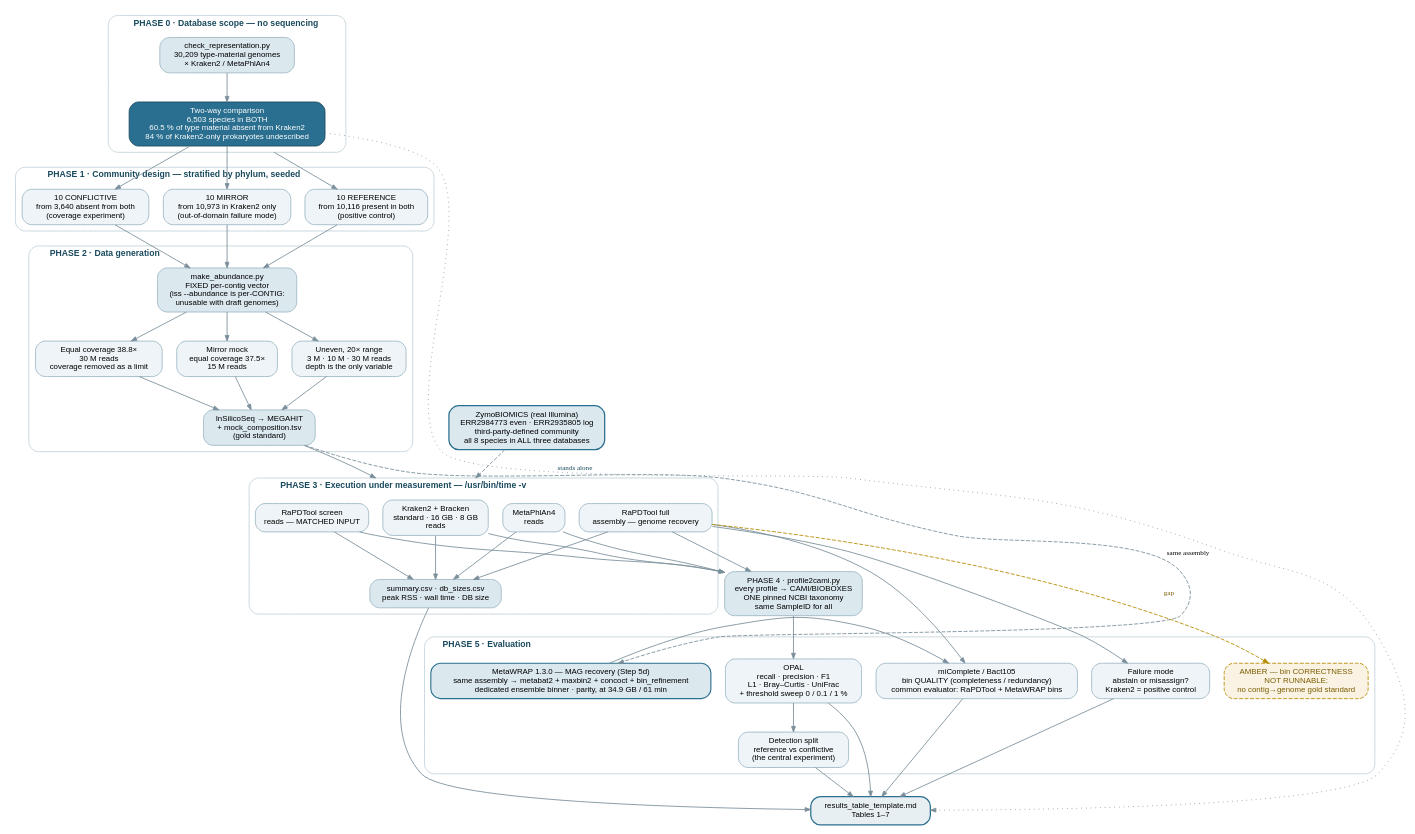
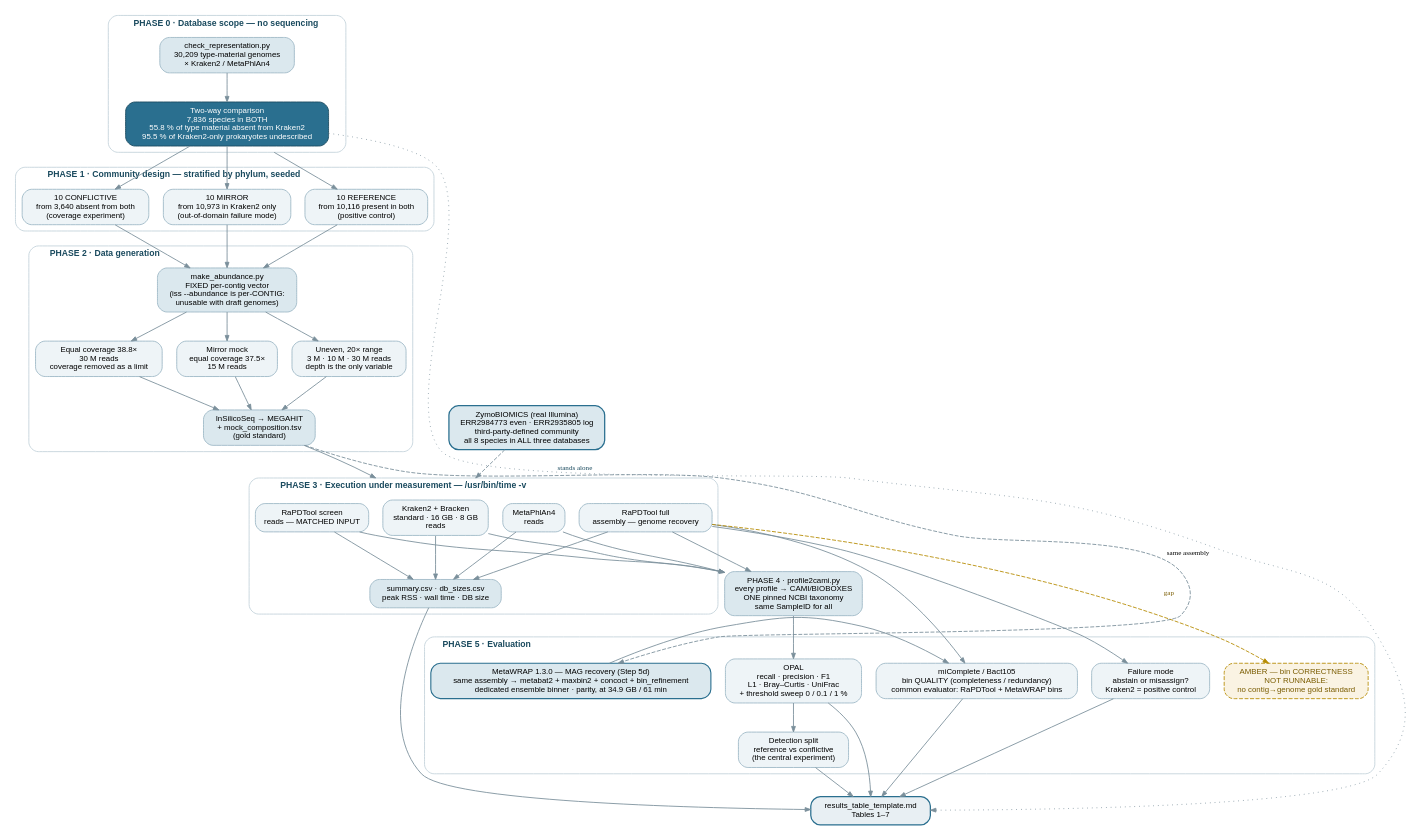
Before and after one commit to BioTools-Dev/rapdtool-benchmark: the diagram in data/benchmark_flow.dot, drawn with Graphviz. The commit also changed 3 other files, not shown here.

First line of the commit message:
fix: update stale census numbers in the benchmark flow diagram

```diff
--- a/data/benchmark_flow.dot
+++ b/data/benchmark_flow.dot
@@ -1,110 +1,110 @@
 // benchmark_flow.dot — RaPDTool benchmark design.
 // Render:  dot -Tsvg benchmark_flow.dot -o figures/benchmark_flow.svg
 //          dot -Tpng -Gdpi=300 benchmark_flow.dot -o figures/benchmark_flow.png
 // Embedded as figures/benchmark_flow.svg in benchmark_rationale.md §1 (no mermaid copy).
 
 digraph benchmark {
   rankdir=TB;
   bgcolor="white";
   compound=true;
   node [shape=box, style="rounded,filled", fontname="Helvetica", fontsize=10,
         fillcolor="#eef4f7", color="#9db8c6", penwidth=1.1, margin="0.14,0.09"];
   edge [color="#7a8f9b", penwidth=1.1, arrowsize=0.7];
   graph [fontname="Helvetica-Bold", fontsize=11, labeljust="l",
          style="rounded", color="#c8d6de", penwidth=1.2];
 
   // ---------------------------------------------------------------- PHASE 0
   subgraph cluster_p0 {
     label="  PHASE 0 · Database scope — no sequencing  ";
     fontcolor="#1a4a5e";
     census [label="check_representation.py\n30,209 type-material genomes\n× Kraken2 / MetaPhlAn4",
             fillcolor="#dbe8ee"];
-    twoway [label="Two-way comparison\n6,503 species in BOTH\n60.5 % of type material absent from Kraken2\n84 % of Kraken2-only prokaryotes undescribed",
+    twoway [label="Two-way comparison\n7,836 species in BOTH\n55.8 % of type material absent from Kraken2\n95.5 % of Kraken2-only prokaryotes undescribed",
             fillcolor="#2a6f8f", fontcolor="white", color="#1a4a5e"];
     census -> twoway;
   }
 
   // ---------------------------------------------------------------- PHASE 1
   subgraph cluster_p1 {
     label="  PHASE 1 · Community design — stratified by phylum, seeded  ";
     fontcolor="#1a4a5e";
     ref   [label="10 REFERENCE\nfrom 10,116 present in both\n(positive control)"];
     conf  [label="10 CONFLICTIVE\nfrom 3,640 absent from both\n(coverage experiment)"];
     mirr  [label="10 MIRROR\nfrom 10,973 in Kraken2 only\n(out-of-domain failure mode)"];
   }
 
   // ---------------------------------------------------------------- PHASE 2
   subgraph cluster_p2 {
     label="  PHASE 2 · Data generation  ";
     fontcolor="#1a4a5e";
     vec   [label="make_abundance.py\nFIXED per-contig vector\n(iss --abundance is per-CONTIG:\nunusable with draft genomes)",
            fillcolor="#dbe8ee"];
     unev  [label="Uneven, 20× range\n3 M · 10 M · 30 M reads\ndepth is the only variable"];
     eqcov [label="Equal coverage 38.8×\n30 M reads\ncoverage removed as a limit"];
     mmock [label="Mirror mock\nequal coverage 37.5×\n15 M reads"];
     asm   [label="InSilicoSeq → MEGAHIT\n+ mock_composition.tsv\n(gold standard)", fillcolor="#dbe8ee"];
     vec -> unev; vec -> eqcov; vec -> mmock;
     unev -> asm; eqcov -> asm; mmock -> asm;
   }
 
   // ------------------------------------------------------------ REAL DATA
   zymo [label="ZymoBIOMICS (real Illumina)\nERR2984773 even · ERR2935805 log\nthird-party-defined community\nall 8 species in ALL three databases",
         fillcolor="#dbe8ee", color="#2a6f8f", penwidth=1.6];
 
   // ---------------------------------------------------------------- PHASE 3
   subgraph cluster_p3 {
     label="  PHASE 3 · Execution under measurement — /usr/bin/time -v  ";
     fontcolor="#1a4a5e";
     krak  [label="Kraken2 + Bracken\nstandard · 16 GB · 8 GB\nreads"];
     mpa   [label="MetaPhlAn4\nreads"];
     rscr  [label="RaPDTool screen\nreads — MATCHED INPUT"];
     rful  [label="RaPDTool full\nassembly — genome recovery"];
     res   [label="summary.csv · db_sizes.csv\npeak RSS · wall time · DB size", fillcolor="#dbe8ee"];
     krak -> res; mpa -> res; rscr -> res; rful -> res;
   }
 
   // ---------------------------------------------------------------- PHASE 4
   harm [label="PHASE 4 · profile2cami.py\nevery profile → CAMI/BIOBOXES\nONE pinned NCBI taxonomy\nsame SampleID for all",
         fillcolor="#dbe8ee"];
 
   // ---------------------------------------------------------------- PHASE 5
   subgraph cluster_p5 {
     label="  PHASE 5 · Evaluation  ";
     fontcolor="#1a4a5e";
     opal  [label="OPAL\nrecall · precision · F1\nL1 · Bray–Curtis · UniFrac\n+ threshold sweep 0 / 0.1 / 1 %"];
     split [label="Detection split\nreference vs conflictive\n(the central experiment)"];
     mico  [label="miComplete / Bact105\nbin QUALITY (completeness / redundancy)\ncommon evaluator: RaPDTool + MetaWRAP bins"];
     fail  [label="Failure mode\nabstain or misassign?\nKraken2 = positive control"];
     amber [label="AMBER — bin CORRECTNESS\nNOT RUNNABLE:\nno contig→genome gold standard",
            style="rounded,filled,dashed", fillcolor="#faf3e3", color="#b58b00",
            fontcolor="#7a5c00"];
     mwrap [label="MetaWRAP 1.3.0 — MAG recovery (Step 5d)\nsame assembly → metabat2 + maxbin2 + concoct + bin_refinement\ndedicated ensemble binner · parity, at 34.9 GB / 61 min",
            fillcolor="#dbe8ee", color="#2a6f8f", penwidth=1.4];
   }
 
   tables [label="results_table_template.md\nTables 1–7", fillcolor="#e8eff3",
           color="#2a6f8f", penwidth=1.6];
 
   // ------------------------------------------------------------- EDGES
   twoway -> ref  [ltail=cluster_p0];
   twoway -> conf;
   twoway -> mirr;
   ref  -> vec;
   conf -> vec;
   mirr -> vec;
   asm  -> krak [lhead=cluster_p3];
   zymo -> krak [lhead=cluster_p3, style=dashed];
   res  -> tables;
   krak -> harm; mpa -> harm; rscr -> harm; rful -> harm;
   harm -> opal;
   opal -> split;
   rful -> mico  [constraint=false];
   rful -> fail  [constraint=false];
   asm   -> mwrap [style=dashed, label="  same assembly", fontsize=9, constraint=false];
   mwrap -> mico  [constraint=false];
   rful -> amber [style=dashed, color="#b58b00",
                  label="  gap", fontcolor="#7a5c00", fontsize=9];
   opal -> tables; split -> tables; mico -> tables; fail -> tables;
   twoway -> tables [style=dotted, constraint=false,
                     label="  stands alone", fontsize=9, fontcolor="#1a4a5e"];
 }
```
